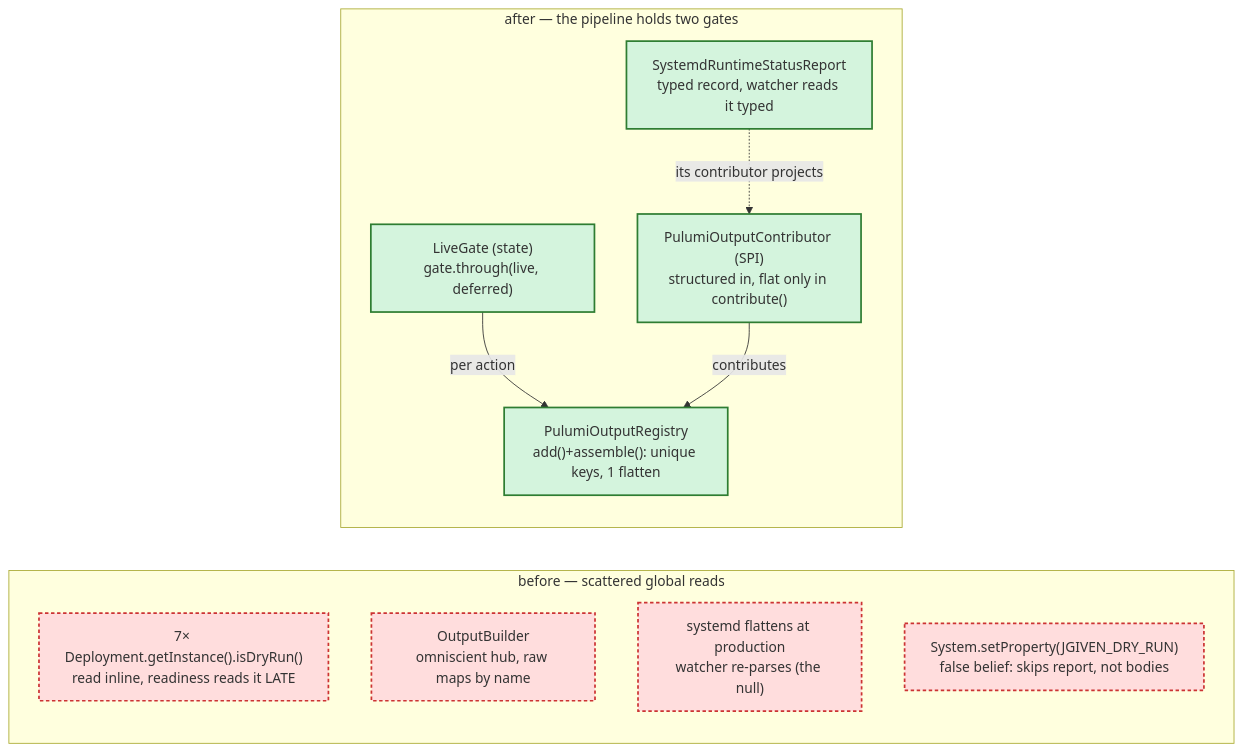
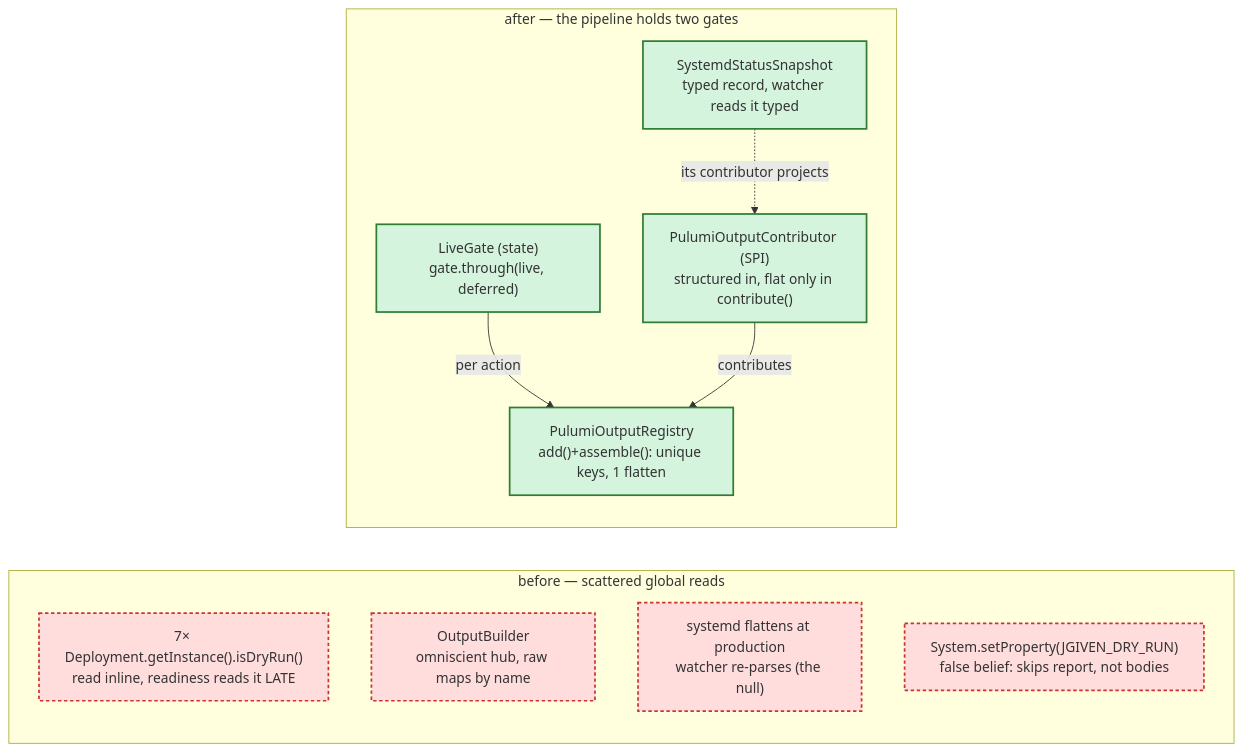
Before and after one commit to nxmatic/rke2lab: the first of 7 diagrams in docs/architecture/atlas/seed.adoc, drawn with Mermaid. The commit also changed other lines of this file and 39 other files, not shown here.

```diff
--- a/docs/architecture/atlas/seed.adoc
+++ b/docs/architecture/atlas/seed.adoc
@@ -66,24 +66,24 @@
 [mermaid]
 ....
 flowchart LR
   subgraph B[before — scattered global reads]
     b_dry["7× Deployment.getInstance().isDryRun()<br/>read inline, readiness reads it LATE"]
     b_hub["OutputBuilder<br/>omniscient hub, raw maps by name"]
     b_flat["systemd flattens at production<br/>watcher re-parses (the null)"]
     b_jgiven["System.setProperty(JGIVEN_DRY_RUN)<br/>false belief: skips report, not bodies"]
   end
   subgraph A[after — the pipeline holds two gates]
     a_gate["LiveGate (state)<br/>gate.through(live, deferred)"]
     a_reg["PulumiOutputRegistry<br/>add()+assemble(): unique keys, 1 flatten"]
     a_spi["PulumiOutputContributor (SPI)<br/>structured in, flat only in contribute()"]
-    a_report["SystemdRuntimeStatusReport<br/>typed record, watcher reads it typed"]
+    a_report["SystemdStatusSnapshot<br/>typed record, watcher reads it typed"]
     a_gate -->|per action| a_reg
     a_spi -->|contributes| a_reg
     a_report -.->|its contributor projects| a_spi
   end
   classDef built fill:#eef,stroke:#88a,stroke-width:1px;
   classDef new fill:#d4f4dd,stroke:#2e7d32,stroke-width:2px;
   classDef gone fill:#fdd,stroke:#c33,stroke-width:2px,stroke-dasharray:4 3;
   class b_dry,b_hub,b_flat,b_jgiven gone;
   class a_gate,a_reg,a_spi,a_report new;
 ....
```
